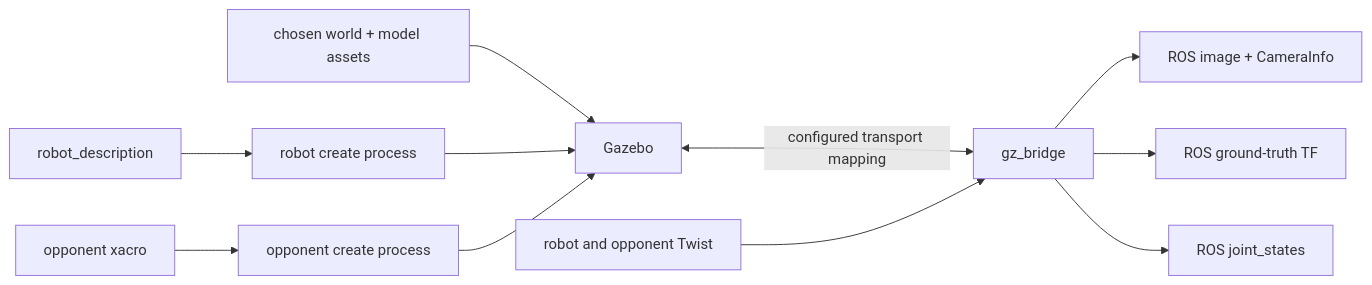
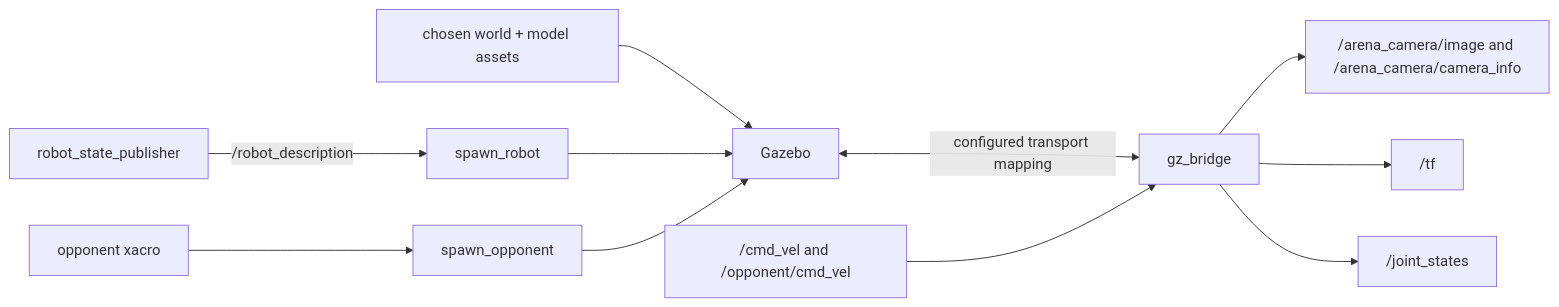
One commit to eubotx/robofetz_as changed the diagram in docs/packages/robofetz_gazebo.md. Above: the diagram before and after it, drawn with Mermaid. The commit also changed other lines of this file and 22 other files, not shown here.

````diff
--- a/docs/packages/robofetz_gazebo.md
+++ b/docs/packages/robofetz_gazebo.md
@@ -70,13 +70,13 @@
 ```mermaid
 flowchart LR
   World[chosen world + model assets] --> GZ[Gazebo]
-  Description[robot_description] --> Spawn[robot create process]
-  Opponent[opponent xacro] --> Spawn2[opponent create process]
+  Description["robot_state_publisher"] -->|"/robot_description"| Spawn["spawn_robot"]
+  Opponent[opponent xacro] --> Spawn2["spawn_opponent"]
   Spawn --> GZ
   Spawn2 --> GZ
   GZ <-->|configured transport mapping| Bridge[gz_bridge]
-  Bridge --> Camera[ROS image + CameraInfo]
-  Bridge --> Truth[ROS ground-truth TF]
-  Bridge --> Joints[ROS joint_states]
-  Commands[robot and opponent Twist] --> Bridge
+  Bridge --> Camera["/arena_camera/image and /arena_camera/camera_info"]
+  Bridge --> Truth["/tf"]
+  Bridge --> Joints["/joint_states"]
+  Commands["/cmd_vel and /opponent/cmd_vel"] --> Bridge
 ```
````
